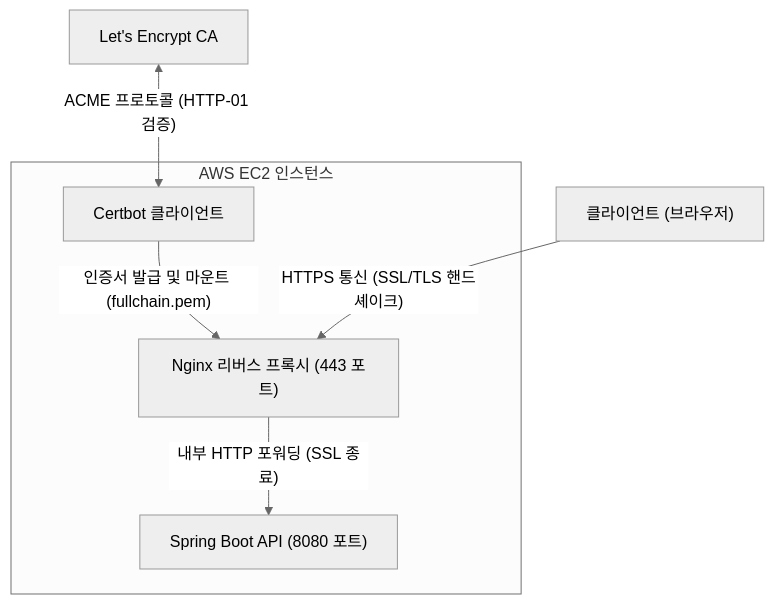
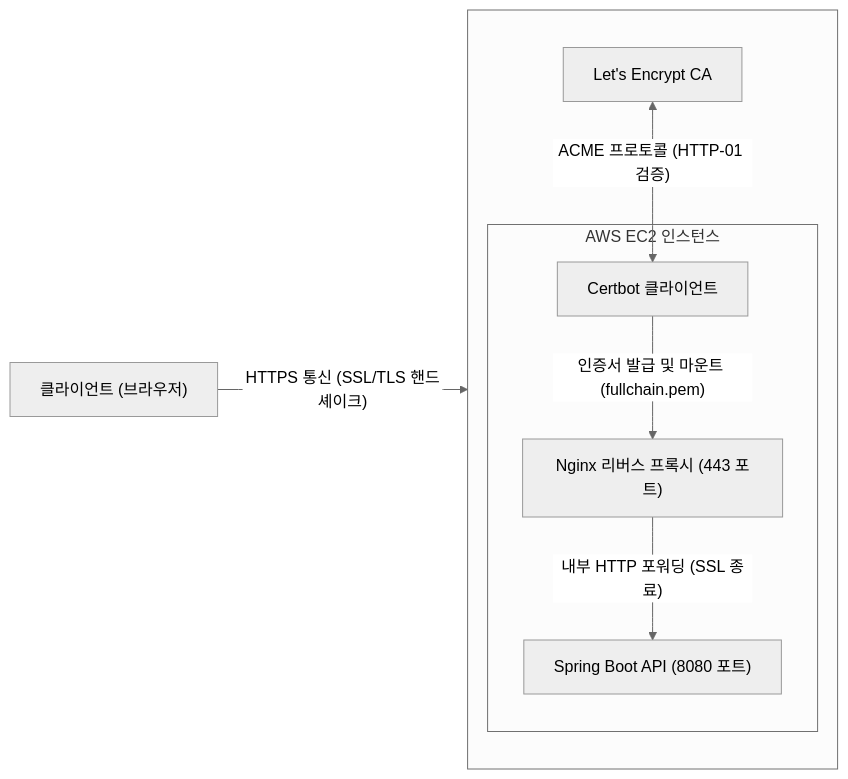
The first of 4 diagrams in guide/04.challenge.md (likelion-backend-25th/22-project-sns), drawn with Mermaid (neutral theme) before and after one commit. The commit also changed other lines of this file, not shown here.

````diff
--- a/guide/04.challenge.md
+++ b/guide/04.challenge.md
@@ -229,17 +229,19 @@
 ```mermaid
-flowchart TD
-    CA["Let's Encrypt CA"]
-
+flowchart LR
     Client["클라이언트 (브라우저)"]
 
-    subgraph EC2["AWS EC2 인스턴스"]
-        Certbot["Certbot 클라이언트"]
-        Nginx["Nginx 리버스 프록시 (443 포트)"]
-        SpringBoot["Spring Boot API (8080 포트)"]
+    subgraph Infra[" "]
+        direction TB
+        CA["Let's Encrypt CA"]
+        subgraph EC2["AWS EC2 인스턴스"]
+            Certbot["Certbot 클라이언트"]
+            Nginx["Nginx 리버스 프록시 (443 포트)"]
+            SpringBoot["Spring Boot API (8080 포트)"]
+        end
     end
 
+    Client -->|"HTTPS 통신 (SSL/TLS 핸드셰이크)"| Nginx
     CA <-->|"ACME 프로토콜 (HTTP-01 검증)"| Certbot
     Certbot -->|"인증서 발급 및 마운트 (fullchain.pem)"| Nginx
-    Client -->|"HTTPS 통신 (SSL/TLS 핸드셰이크)"| Nginx
     Nginx -->|"내부 HTTP 포워딩 (SSL 종료)"| SpringBoot
 ```
````
